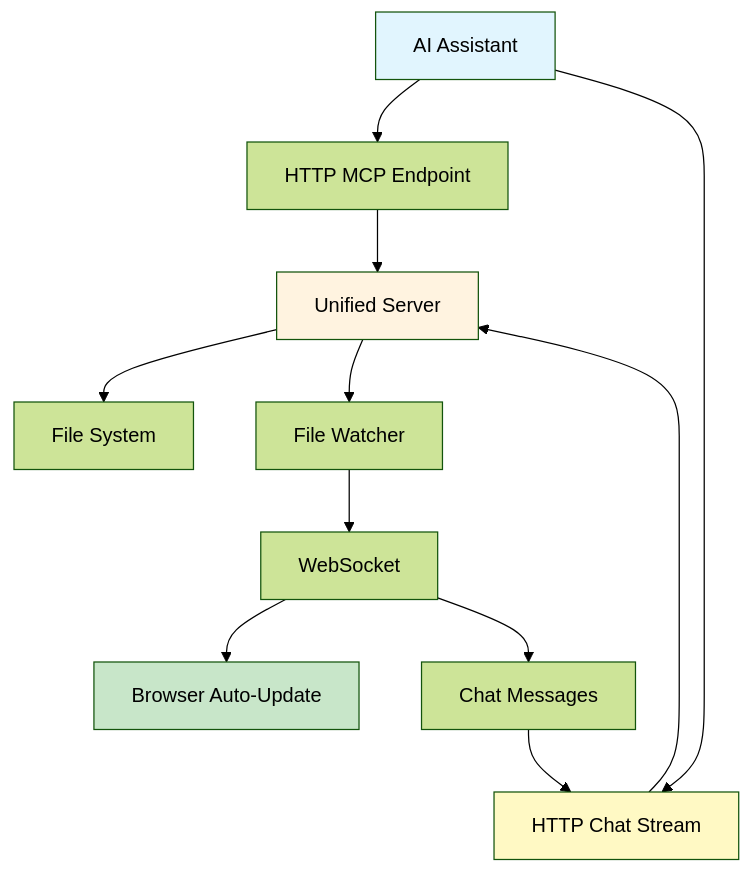
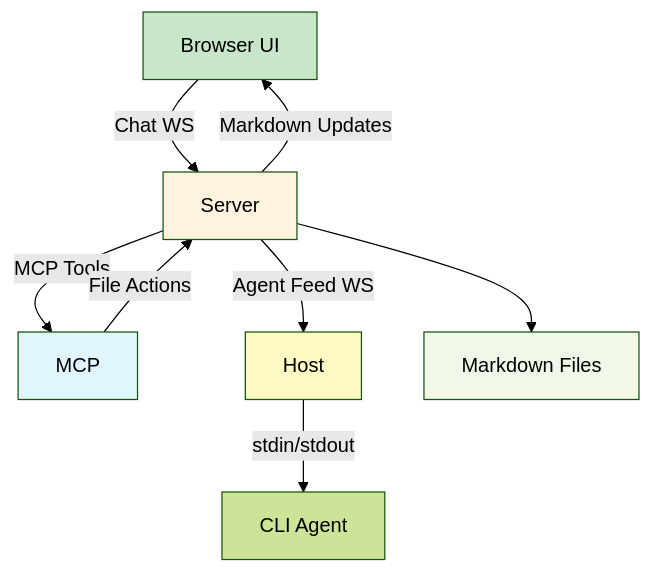
One commit to asynkron/Asynkron.LiveView changed the first of 2 diagrams in README.md. Above: the diagram before and after it, drawn with Mermaid (forest theme). The commit also changed other lines of this file and 13 other files, not shown here.

Commit message:
Replace chat MCP stream with agent feed host bridge

````diff
--- a/README.md
+++ b/README.md
@@ -313,18 +315,16 @@
 ```mermaid
 graph TD
-    A[AI Assistant] --> B[HTTP MCP Endpoint]
-    A --> H[HTTP Chat Stream]
-    B --> C[Unified Server]
-    H --> C
-    C --> D[File System]
-    C --> E[File Watcher]
-    E --> F[WebSocket]
-    F --> G[Browser Auto-Update]
-    F --> I[Chat Messages]
-    I --> H
-    
-    style A fill:#e1f5fe
-    style C fill:#fff3e0
-    style G fill:#c8e6c9
-    style H fill:#fff9c4
+    Browser[Browser UI] -->|Chat WS| Server
+    Server -->|Markdown Updates| Browser
+    Server -->|MCP Tools| MCP
+    MCP -->|File Actions| Server
+    Server -->|Agent Feed WS| Host
+    Host -->|stdin/stdout| Agent[CLI Agent]
+    Server --> Files[Markdown Files]
+
+    style Browser fill:#c8e6c9
+    style Server fill:#fff3e0
+    style Host fill:#fff9c4
+    style MCP fill:#e1f5fe
+    style Files fill:#f1f8e9
 ```
````
